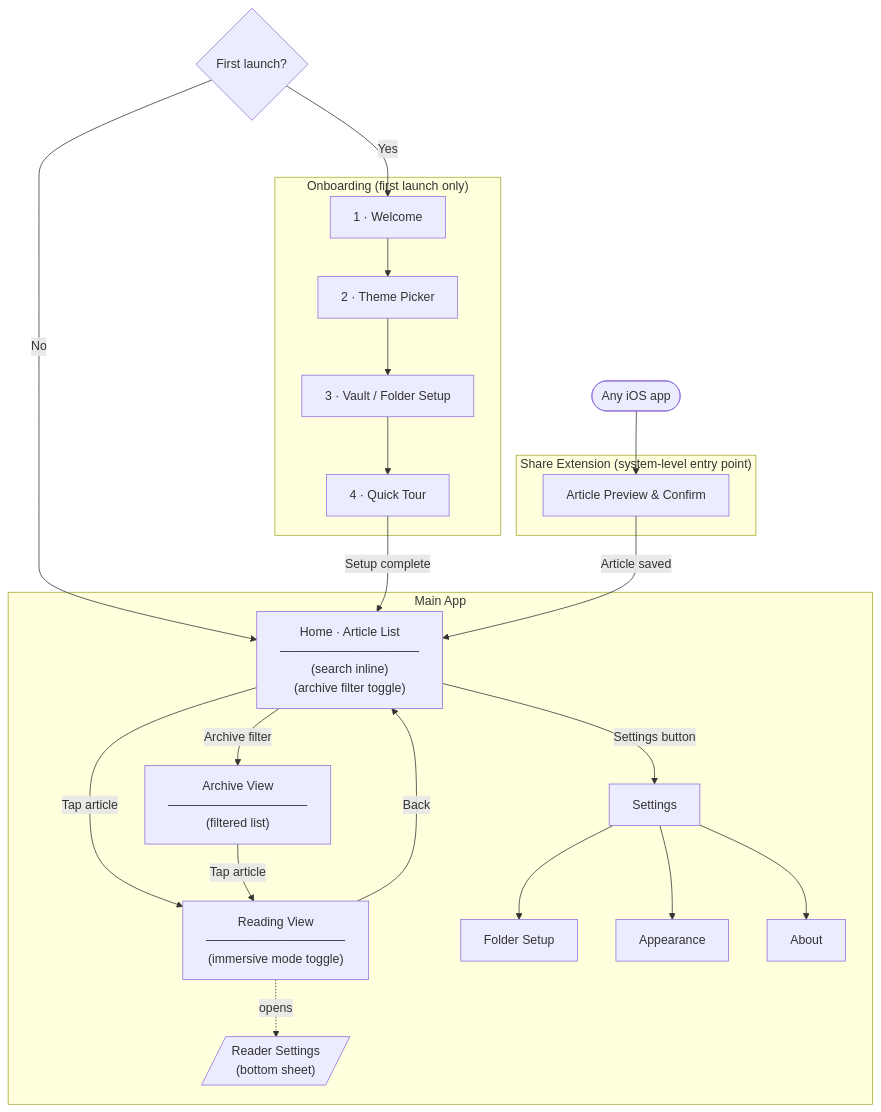
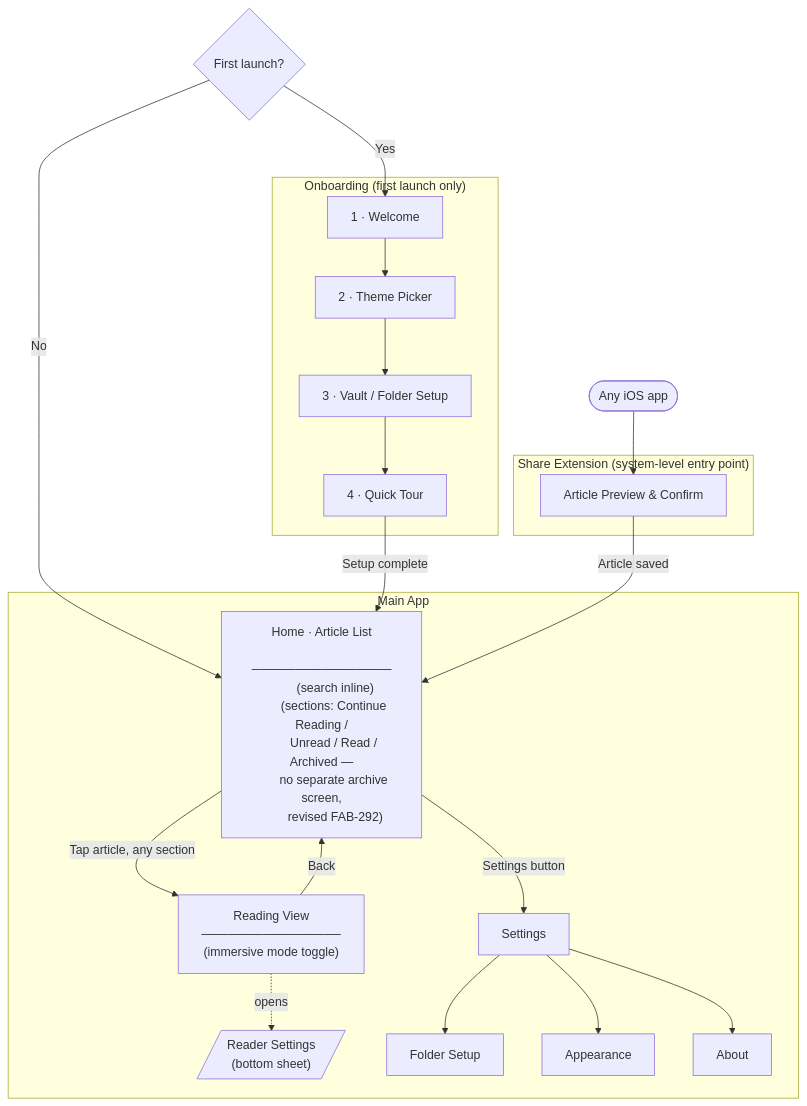
One commit to whysasse/verso-app changed the diagram in docs/site-map.md. Above: the diagram before and after it, drawn with Mermaid. The commit also changed other lines of this file and 6 other files, not shown here.

````diff
--- a/docs/site-map.md
+++ b/docs/site-map.md
@@ -17,55 +17,52 @@
 ```mermaid
 flowchart TD
     LAUNCH{First launch?}
 
     subgraph OB["Onboarding (first launch only)"]
         OB1[1 · Welcome] --> OB2[2 · Theme Picker]
         OB2 --> OB3[3 · Vault / Folder Setup]
         OB3 --> OB4[4 · Quick Tour]
     end
 
     subgraph EXT["Share Extension (system-level entry point)"]
         SE[Article Preview & Confirm]
     end
 
     subgraph MAIN["Main App"]
         HOME["Home · Article List
         ────────────────
         (search inline)
-        (archive filter toggle)"]
+        (sections: Continue Reading /
+        Unread / Read / Archived —
+        no separate archive screen,
+        revised FAB-292)"]
 
         READ["Reading View
         ────────────────
         (immersive mode toggle)"]
 
         RS[/"Reader Settings
         (bottom sheet)"/]
-
-        ARC["Archive View
-        ────────────────
-        (filtered list)"]
 
         SET["Settings"]
         SET_FOLDER["Folder Setup"]
         SET_APPEAR["Appearance"]
         SET_ABOUT["About"]
     end
 
     LAUNCH -- Yes --> OB1
     LAUNCH -- No --> HOME
     OB4 -- Setup complete --> HOME
 
     OTHER([Any iOS app]) --> SE
     SE -- Article saved --> HOME
 
-    HOME -- Tap article --> READ
-    HOME -- Archive filter --> ARC
-    ARC -- Tap article --> READ
+    HOME -- Tap article, any section --> READ
     READ -- Back --> HOME
     READ -. opens .-> RS
 
     HOME -- Settings button --> SET
     SET --> SET_FOLDER
     SET --> SET_APPEAR
     SET --> SET_ABOUT
 ```
````
